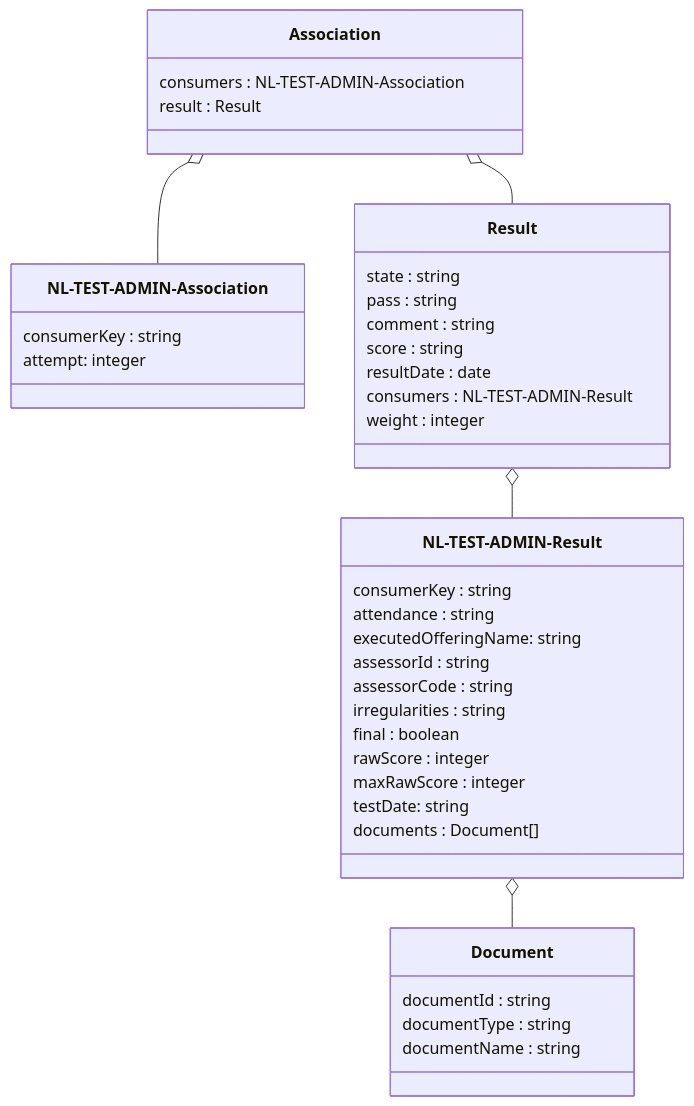
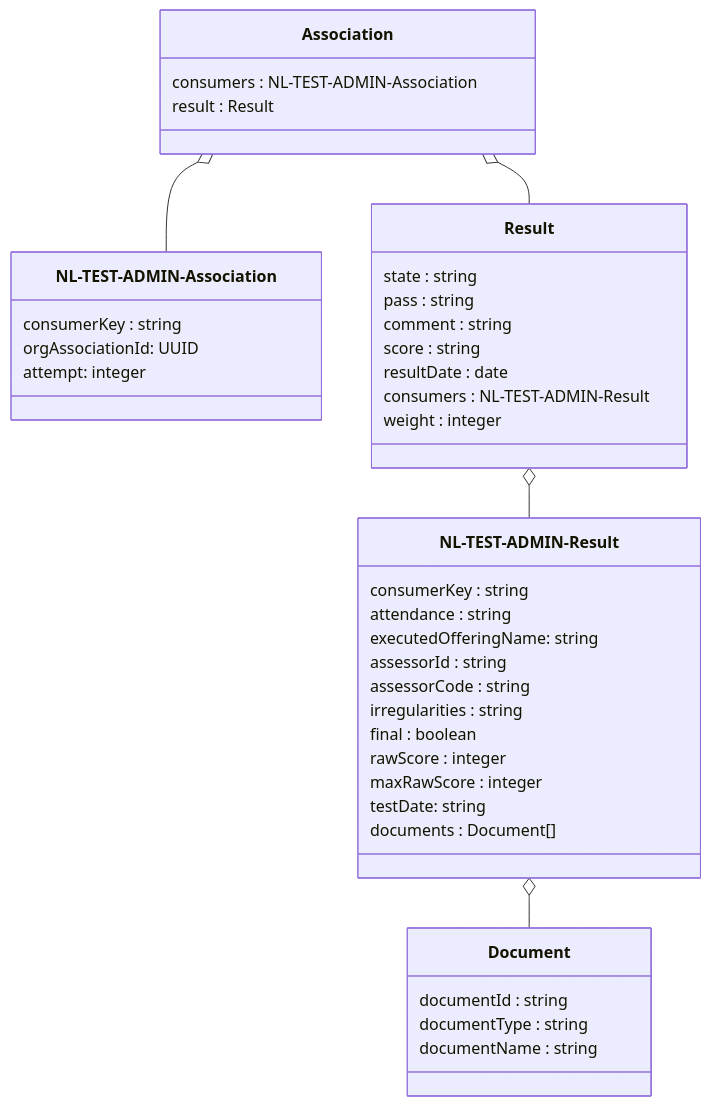
The third of 3 diagrams in doc/flow5.md (NetwerkExamineringDigitalisering/NED-OOAPI), drawn with Mermaid before and after one commit. The commit also changed other lines of this file, not shown here.

Commit message:
update for flow 5 #68 mainly visual

````diff
--- a/doc/flow5.md
+++ b/doc/flow5.md
@@ -24,42 +43,43 @@
 ```mermaid
 classDiagram
     class Association {
         consumers : NL-TEST-ADMIN-Association
     	result : Result
     }
     class `NL-TEST-ADMIN-Association` {
         consumerKey : string
+        orgAssociationId: UUID
         attempt: integer
     }
     class Result {
     	state : string
         pass : string
         comment : string
         score : string
         resultDate : date
         consumers : NL-TEST-ADMIN-Result
         weight : integer
     }
     class `NL-TEST-ADMIN-Result` {
         consumerKey : string
         attendance : string
         executedOfferingName: string
         assessorId : string
         assessorCode : string 
         irregularities : string
         final : boolean 
         rawScore : integer 
         maxRawScore : integer
         testDate: string
         documents : Document[]
     }
     class Document {
         documentId : string
         documentType : string
         documentName : string
     }
     Association o-- Result
     Association o-- `NL-TEST-ADMIN-Association`
     Result o-- `NL-TEST-ADMIN-Result`
     `NL-TEST-ADMIN-Result` o-- Document
 ```
````
